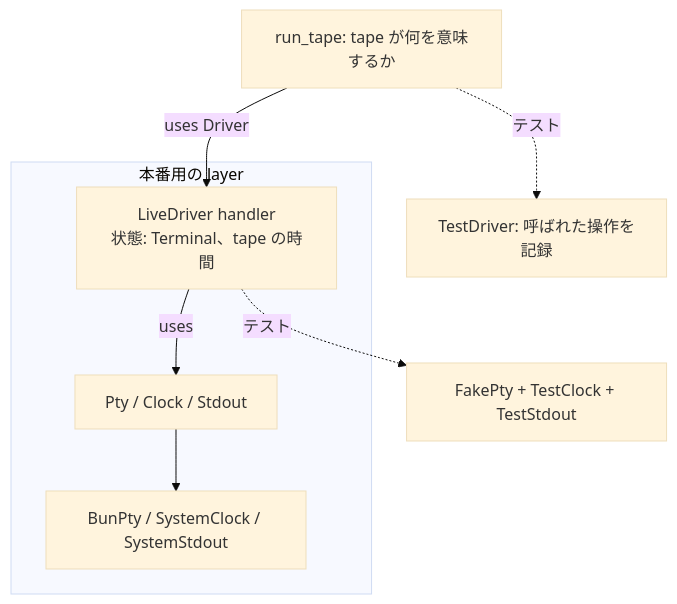
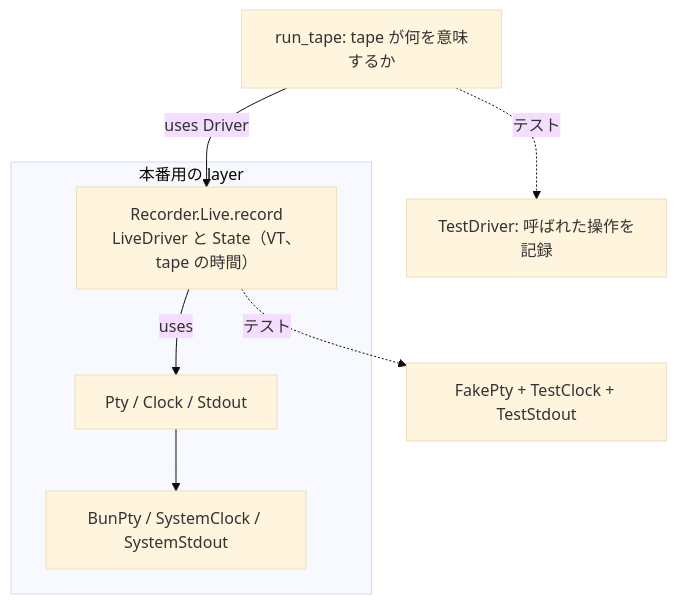
The third of 4 diagrams in docs/superpowers/specs/2026-11-23-kbdcast-design.md (kisepichu/kbdcast), drawn with Mermaid (base theme) before and after one commit. The commit also changed 2 other files, not shown here.

Commit message:
docs: 1 の spec と計画と全体設計を実装（Live.record と State、wait_for の source、Fiber.timeout、drain、x、duration の上限）に合わせる

````diff
--- a/docs/superpowers/specs/2026-11-23-kbdcast-design.md
+++ b/docs/superpowers/specs/2026-11-23-kbdcast-design.md
@@ -236,10 +236,10 @@
 ```mermaid
 flowchart TB
   run[run_tape: tape が何を意味するか] -->|uses Driver| drv
   subgraph live[本番用の layer]
-    drv[LiveDriver handler<br/>状態: Terminal、tape の時間] -->|uses| ports[Pty / Clock / Stdout]
+    drv[Recorder.Live.record<br/>LiveDriver と State（VT、tape の時間）] -->|uses| ports[Pty / Clock / Stdout]
     ports --> impl[BunPty / SystemClock / SystemStdout]
   end
   run -.テスト.-> td[TestDriver: 呼ばれた操作を記録]
   drv -.テスト.-> fake[FakePty + TestClock + TestStdout]
 ```
````
